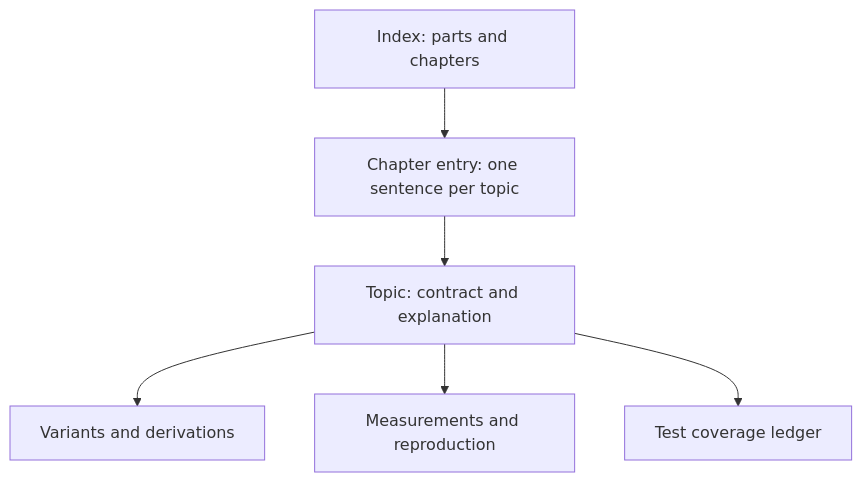
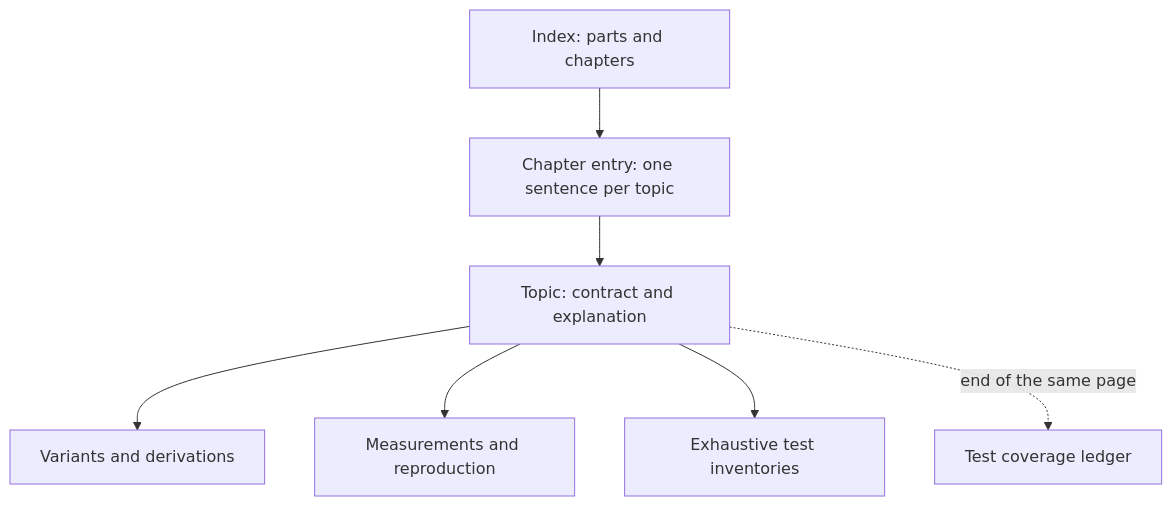
The diagram in docs/documentation/manifesto.md (saitoha/libsixel), drawn with Mermaid before and after one commit. The commit also changed other lines of this file and 1 other file, not shown here.

Commit message:
docs: keep coverage ledgers at the end of their topic instead of in companions

````diff
--- a/docs/documentation/manifesto.md
+++ b/docs/documentation/manifesto.md
@@ -43,8 +43,9 @@
 ```mermaid
 flowchart TD
     I["Index: parts and chapters"] --> C["Chapter entry: one sentence per topic"]
     C --> T["Topic: contract and explanation"]
     T --> V["Variants and derivations"]
     T --> E["Measurements and reproduction"]
-    T --> L["Test coverage ledger"]
+    T --> N["Exhaustive test inventories"]
+    T -.->|"end of the same page"| L["Test coverage ledger"]
 ```
````
